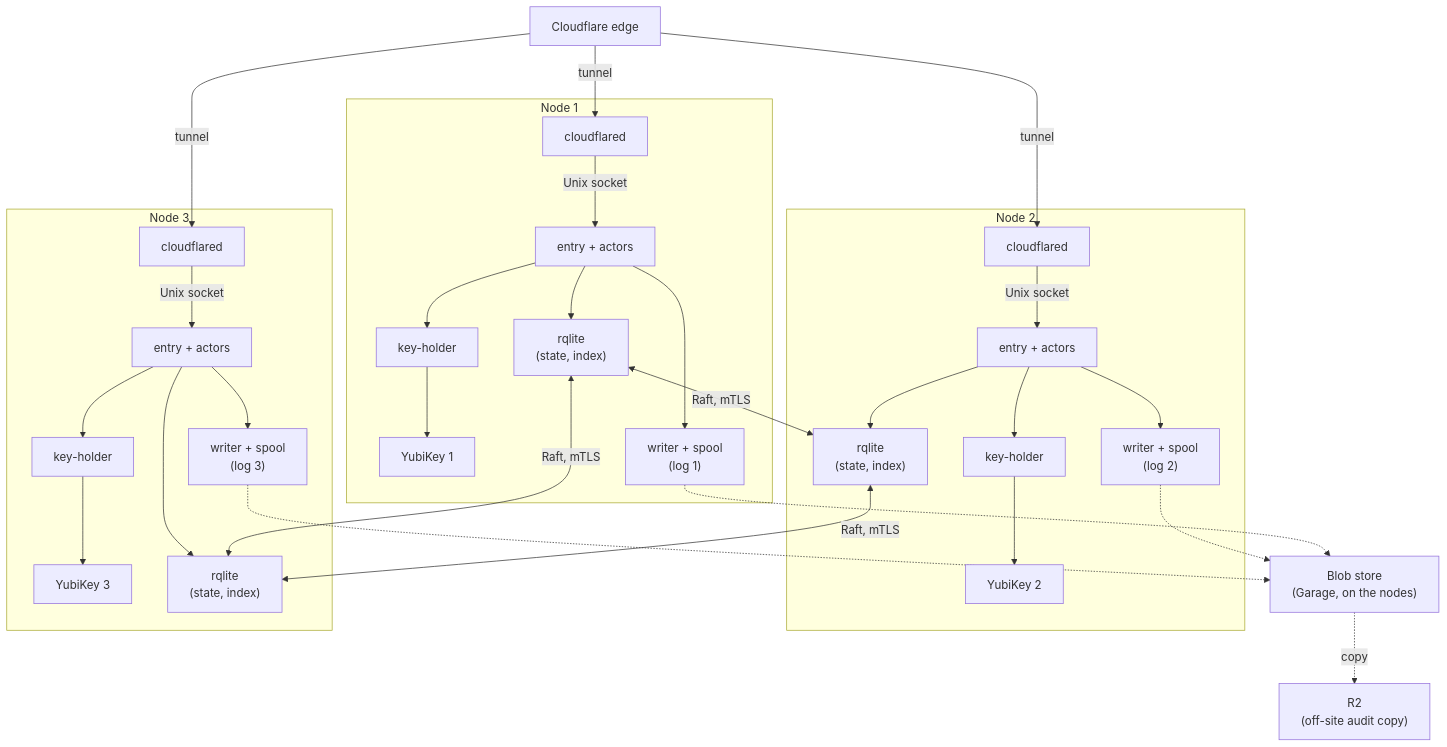
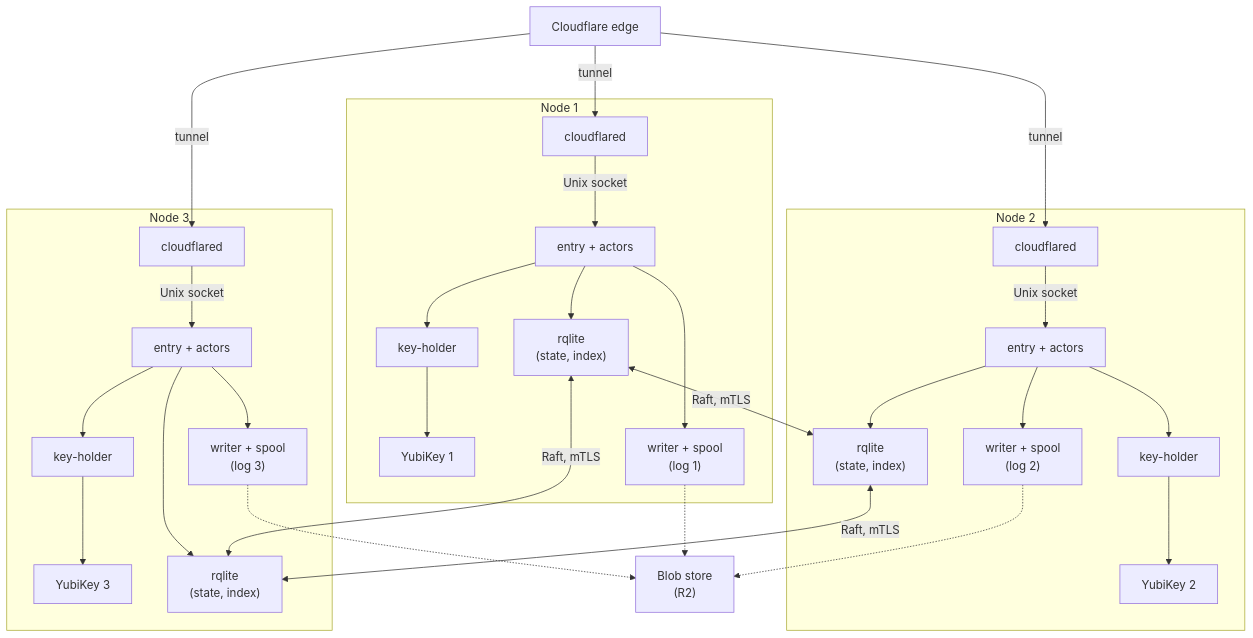
One commit to truvity/sluis changed the third of 4 diagrams in docs/runtimes/installations.md. Above: the diagram before and after it, drawn with Mermaid. The commit also changed other lines of this file and 19 other files, not shown here.

````diff
--- a/docs/runtimes/installations.md
+++ b/docs/runtimes/installations.md
@@ -118,34 +118,32 @@
 ```mermaid
 flowchart TB
   edge["Cloudflare edge"]
-  garage["Blob store<br/>(Garage, on the nodes)"]
-  r2["R2<br/>(off-site audit copy)"]
+  r2["Blob store<br/>(R2)"]
   subgraph n1["Node 1"]
     cfd1["cloudflared"] -- "Unix socket" --> c1["entry + actors"]
     c1 --> kh1["key-holder"] --> yk1["YubiKey 1"]
     c1 --> r1["rqlite<br/>(state, index)"]
     c1 --> w1["writer + spool<br/>(log 1)"]
   end
   subgraph n2["Node 2"]
     cfd2["cloudflared"] -- "Unix socket" --> c2["entry + actors"]
     c2 --> kh2["key-holder"] --> yk2["YubiKey 2"]
     c2 --> r2n["rqlite<br/>(state, index)"]
     c2 --> w2["writer + spool<br/>(log 2)"]
   end
   subgraph n3["Node 3"]
     cfd3["cloudflared"] -- "Unix socket" --> c3["entry + actors"]
     c3 --> kh3["key-holder"] --> yk3["YubiKey 3"]
     c3 --> r3["rqlite<br/>(state, index)"]
     c3 --> w3["writer + spool<br/>(log 3)"]
   end
   edge -- "tunnel" --> cfd1
   edge -- "tunnel" --> cfd2
   edge -- "tunnel" --> cfd3
   r1 <-- "Raft, mTLS" --> r2n
   r2n <-- "Raft, mTLS" --> r3
   r1 <-- "Raft, mTLS" --> r3
-  w1 -.-> garage
-  w2 -.-> garage
-  w3 -.-> garage
-  garage -. "copy" .-> r2
+  w1 -.-> r2
+  w2 -.-> r2
+  w3 -.-> r2
 ```
````
